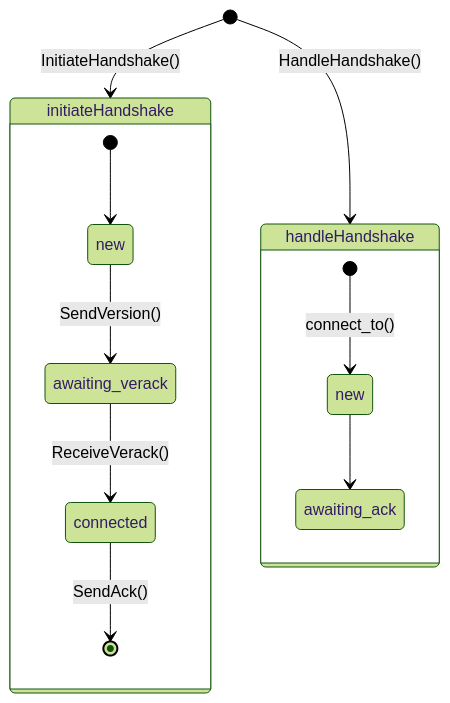
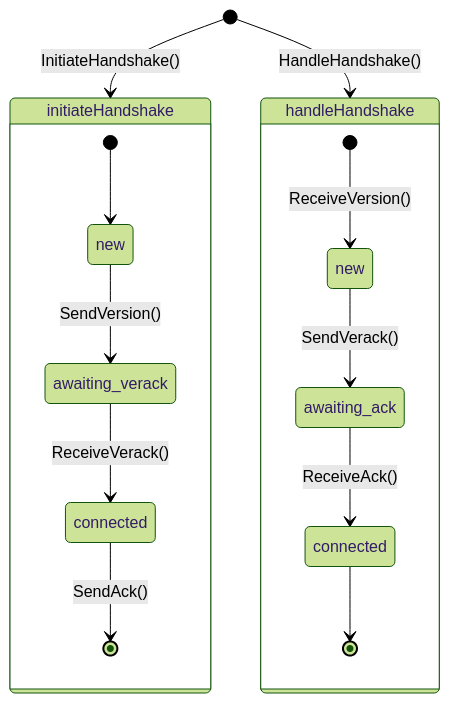
The second of 8 diagrams in docs/arc42/arc42-MinerNetwork/MinerNetwork.md (bjoern621/VSP-Blockchain), drawn with Mermaid (forest theme) before and after one commit.

Commit message:
Handshake done

````diff
--- a/docs/arc42/arc42-MinerNetwork/MinerNetwork.md
+++ b/docs/arc42/arc42-MinerNetwork/MinerNetwork.md
@@ -401,21 +401,24 @@
 ```mermaid
 stateDiagram-v2
     [*] --> initiateHandshake: InitiateHandshake()
     [*] --> handleHandshake: HandleHandshake()
     
     state initiateHandshake {
         [*] --> new
         new --> awaiting_verack: SendVersion()
         awaiting_verack --> connected: ReceiveVerack()
         connected --> [*]: SendAck()
     }
     
     state handleHandshake {
-        [*] --> new_: connect_to()
-        new_ --> awaiting_ack
+        [*] --> new_: ReceiveVersion()
+        new_ --> awaiting_ack: SendVerack()
+        awaiting_ack --> connected_: ReceiveAck()
+        connected_ --> [*]
         
     }
     
+    connected_: connected
     new_: new
     
 ```
````
